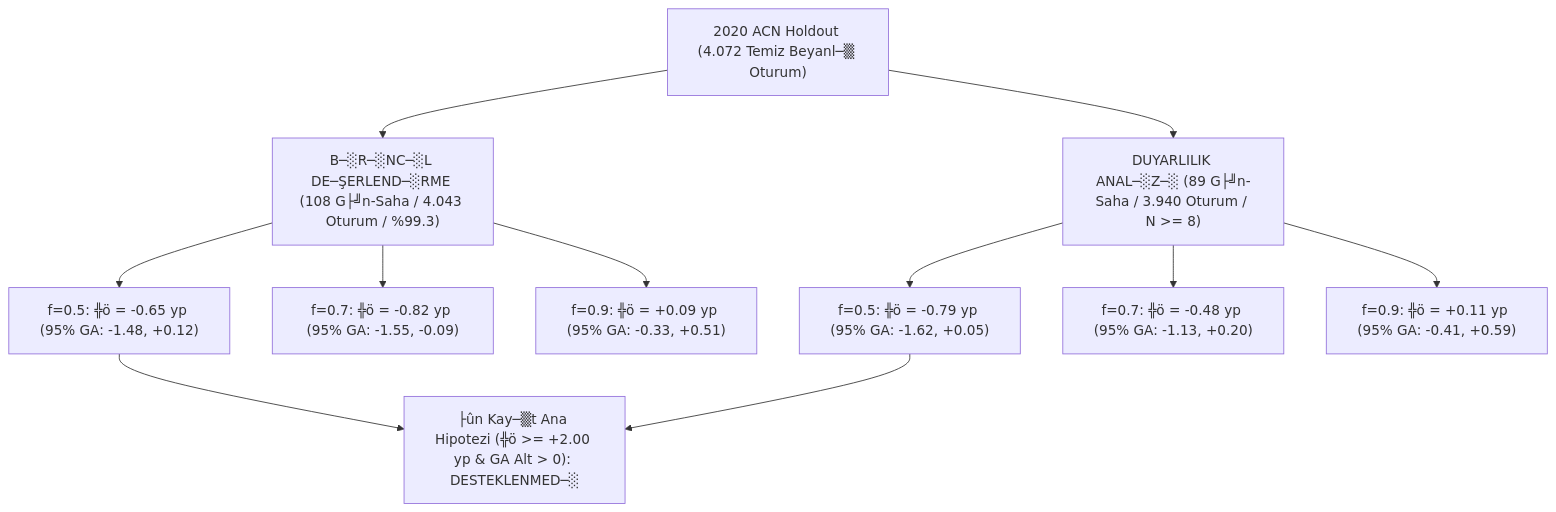
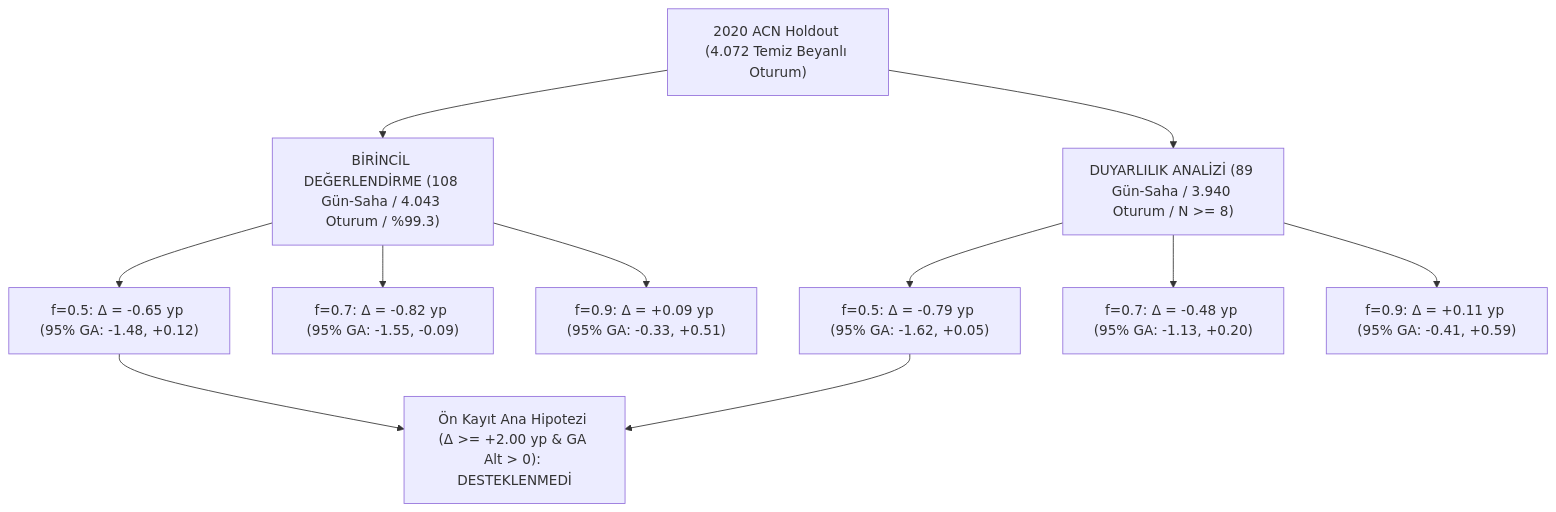
Before and after one commit to busrademirrr/sarjdenge-ai: the diagram in docs/HOLDOUT_2020_DEGERLENDIRME_RAPORU.md, drawn with Mermaid. The commit also changed other lines of this file and 72 other files, not shown here.

````diff
--- a/docs/HOLDOUT_2020_DEGERLENDIRME_RAPORU.md
+++ b/docs/HOLDOUT_2020_DEGERLENDIRME_RAPORU.md
@@ -15,16 +15,16 @@
 ```mermaid
 flowchart TD
-    A["2020 ACN Holdout (4.072 Temiz Beyanl─▒ Oturum)"] --> B["B─░R─░NC─░L DE─ŞERLEND─░RME (108 G├╝n-Saha / 4.043 Oturum / %99.3)"]
-    A --> C["DUYARLILIK ANAL─░Z─░ (89 G├╝n-Saha / 3.940 Oturum / N >= 8)"]
+    A["2020 ACN Holdout (4.072 Temiz Beyanlı Oturum)"] --> B["BİRİNCİL DEĞERLENDİRME (108 Gün-Saha / 4.043 Oturum / %99.3)"]
+    A --> C["DUYARLILIK ANALİZİ (89 Gün-Saha / 3.940 Oturum / N >= 8)"]
 
-    B --> B1["f=0.5: ╬ö = -0.65 yp (95% GA: -1.48, +0.12)"]
-    B --> B2["f=0.7: ╬ö = -0.82 yp (95% GA: -1.55, -0.09)"]
-    B --> B3["f=0.9: ╬ö = +0.09 yp (95% GA: -0.33, +0.51)"]
+    B --> B1["f=0.5: Δ = -0.65 yp (95% GA: -1.48, +0.12)"]
+    B --> B2["f=0.7: Δ = -0.82 yp (95% GA: -1.55, -0.09)"]
+    B --> B3["f=0.9: Δ = +0.09 yp (95% GA: -0.33, +0.51)"]
 
-    C --> C1["f=0.5: ╬ö = -0.79 yp (95% GA: -1.62, +0.05)"]
-    C --> C2["f=0.7: ╬ö = -0.48 yp (95% GA: -1.13, +0.20)"]
-    C --> C3["f=0.9: ╬ö = +0.11 yp (95% GA: -0.41, +0.59)"]
+    C --> C1["f=0.5: Δ = -0.79 yp (95% GA: -1.62, +0.05)"]
+    C --> C2["f=0.7: Δ = -0.48 yp (95% GA: -1.13, +0.20)"]
+    C --> C3["f=0.9: Δ = +0.11 yp (95% GA: -0.41, +0.59)"]
 
-    B1 --> D["├ûn Kay─▒t Ana Hipotezi (╬ö >= +2.00 yp & GA Alt > 0): DESTEKLENMED─░"]
+    B1 --> D["Ön Kayıt Ana Hipotezi (Δ >= +2.00 yp & GA Alt > 0): DESTEKLENMEDİ"]
     C1 --> D
 ```
````
